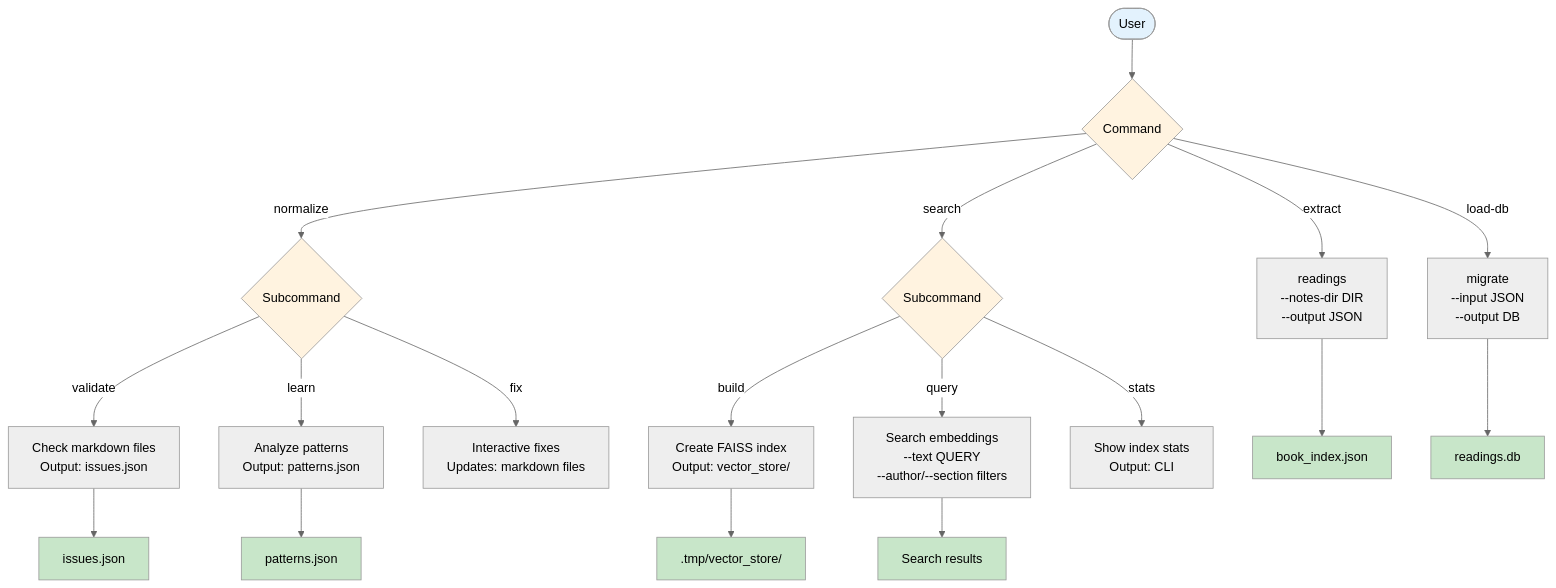
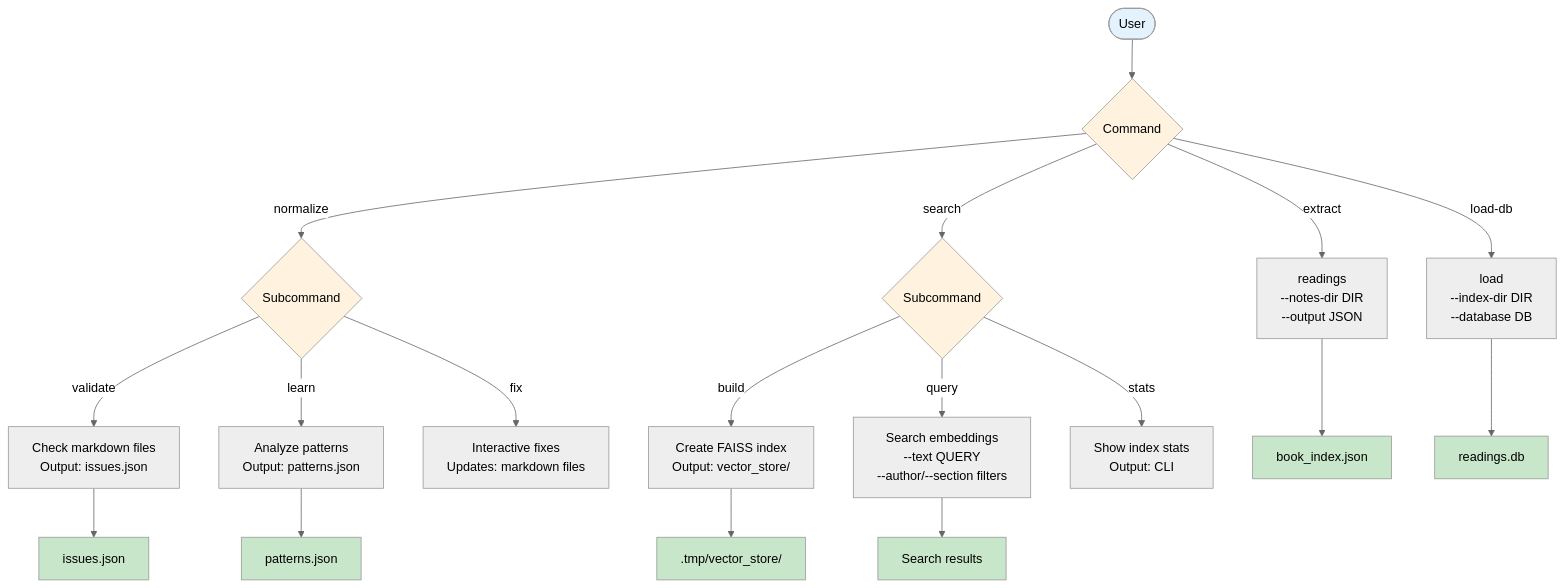
The fifth of 5 diagrams in docs/ARCHITECTURE.md (trvslhlt/git-reading), drawn with Mermaid (neutral theme) before and after one commit. The commit also changed other lines of this file and 10 other files, not shown here.

Commit message:
change 'migrate' to 'load' (#18)

````diff
--- a/docs/ARCHITECTURE.md
+++ b/docs/ARCHITECTURE.md
@@ -241,35 +241,35 @@
 ```mermaid
 graph TD
     START([User]) --> CMD{Command}
 
     CMD -->|extract| C1[readings<br/>--notes-dir DIR<br/>--output JSON]
     CMD -->|normalize| C2{Subcommand}
     CMD -->|search| C3{Subcommand}
-    CMD -->|load-db| C4[migrate<br/>--input JSON<br/>--output DB]
+    CMD -->|load-db| C4[load<br/>--index-dir DIR<br/>--database DB]
 
     C2 -->|validate| C2A[Check markdown files<br/>Output: issues.json]
     C2 -->|learn| C2B[Analyze patterns<br/>Output: patterns.json]
     C2 -->|fix| C2C[Interactive fixes<br/>Updates: markdown files]
 
     C3 -->|build| C3A[Create FAISS index<br/>Output: vector_store/]
     C3 -->|query| C3B[Search embeddings<br/>--text QUERY<br/>--author/--section filters]
     C3 -->|stats| C3C[Show index stats<br/>Output: CLI]
 
     C1 --> OUT1[book_index.json]
     C2A --> OUT2[issues.json]
     C2B --> OUT3[patterns.json]
     C3A --> OUT4[.tmp/vector_store/]
     C3B --> OUT5[Search results]
     C4 --> OUT6[readings.db]
 
     style START fill:#e3f2fd
     style CMD fill:#fff3e0
     style C2 fill:#fff3e0
     style C3 fill:#fff3e0
     style OUT1 fill:#c8e6c9
     style OUT2 fill:#c8e6c9
     style OUT3 fill:#c8e6c9
     style OUT4 fill:#c8e6c9
     style OUT5 fill:#c8e6c9
     style OUT6 fill:#c8e6c9
 ```
````
